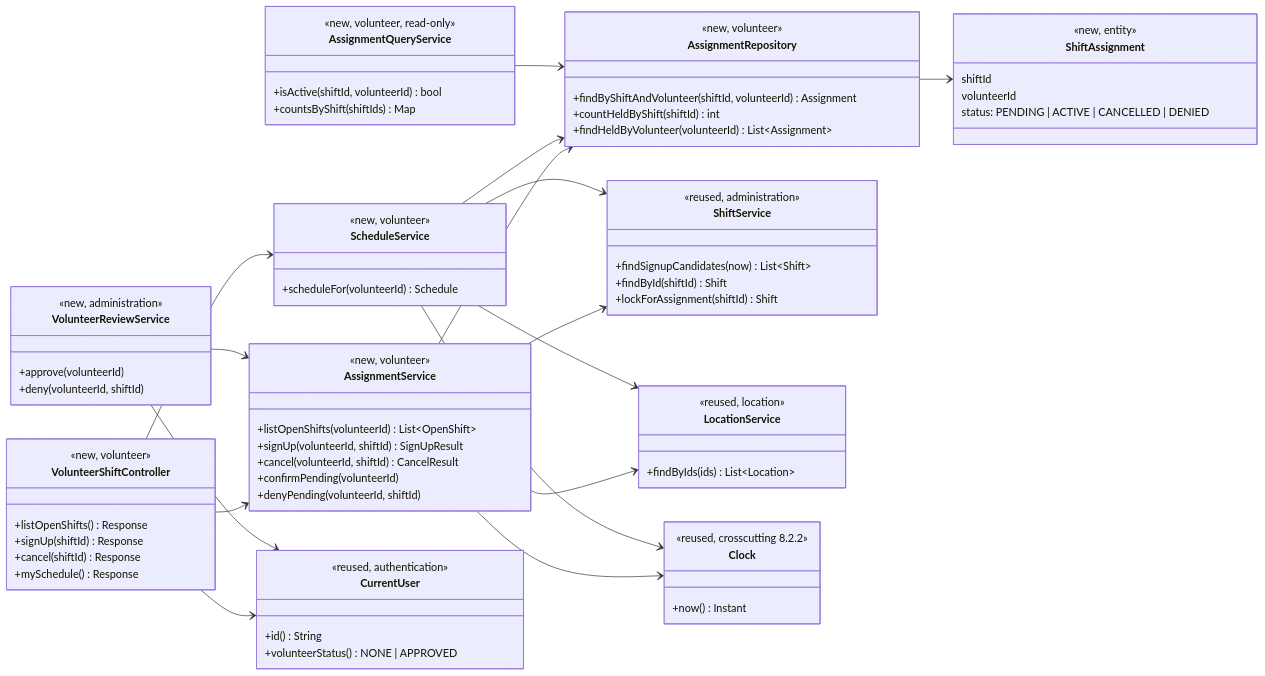
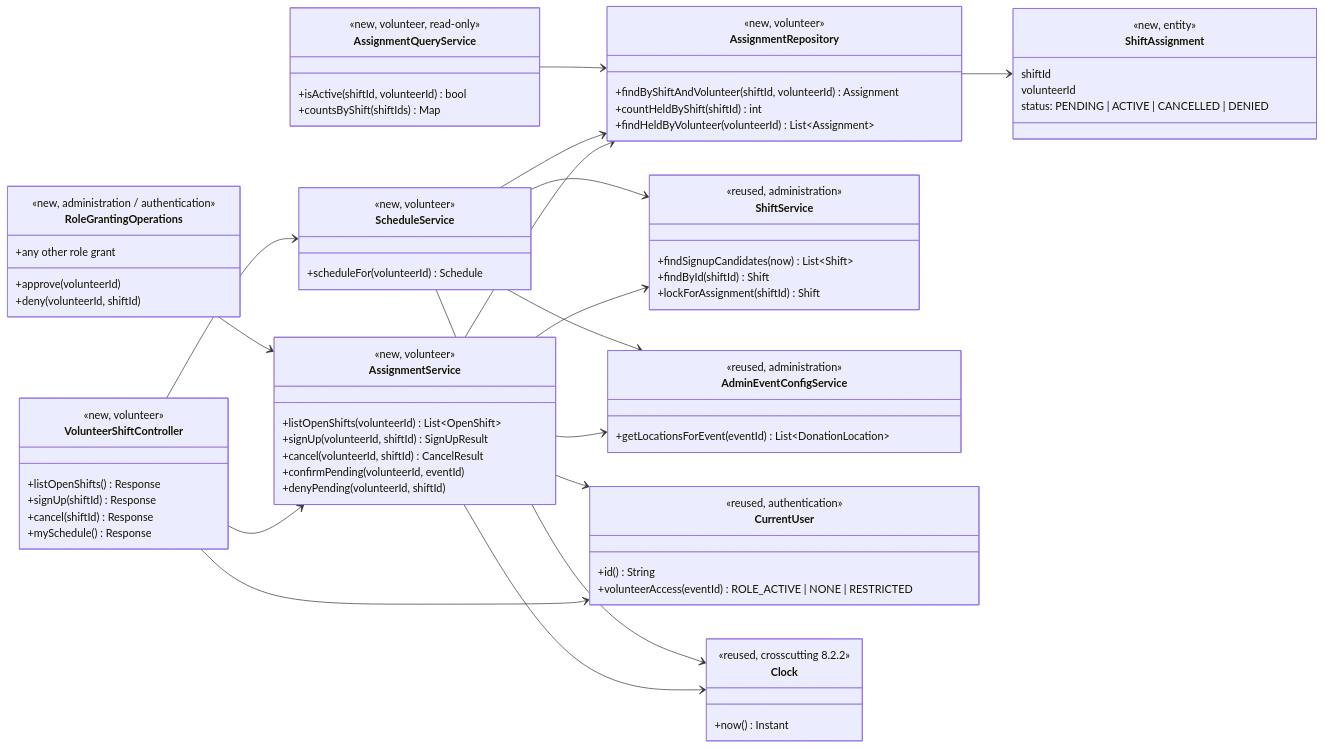
Before and after one commit to evelyntrann/cosc-40943-team-3-refrog: the first of 6 diagrams in docs/design/vol.md, drawn with Mermaid. The commit also changed other lines of this file and 5 other files, not shown here.

````diff
--- a/docs/design/vol.md
+++ b/docs/design/vol.md
@@ -55,79 +55,80 @@
 ```mermaid
 classDiagram
     direction LR
     class VolunteerShiftController {
         <<new, volunteer>>
         +listOpenShifts() Response
         +signUp(shiftId) Response
         +cancel(shiftId) Response
         +mySchedule() Response
     }
     class AssignmentService {
         <<new, volunteer>>
         +listOpenShifts(volunteerId) List~OpenShift~
         +signUp(volunteerId, shiftId) SignUpResult
         +cancel(volunteerId, shiftId) CancelResult
-        +confirmPending(volunteerId)
+        +confirmPending(volunteerId, eventId)
         +denyPending(volunteerId, shiftId)
     }
-    class VolunteerReviewService {
-        <<new, administration>>
+    class RoleGrantingOperations {
+        <<new, administration / authentication>>
         +approve(volunteerId)
         +deny(volunteerId, shiftId)
+        +any other role grant
     }
     class ScheduleService {
         <<new, volunteer>>
         +scheduleFor(volunteerId) Schedule
     }
     class AssignmentRepository {
         <<new, volunteer>>
         +findByShiftAndVolunteer(shiftId, volunteerId) Assignment
         +countHeldByShift(shiftId) int
         +findHeldByVolunteer(volunteerId) List~Assignment~
     }
     class AssignmentQueryService {
         <<new, volunteer, read-only>>
         +isActive(shiftId, volunteerId) bool
         +countsByShift(shiftIds) Map
     }
     class ShiftAssignment {
         <<new, entity>>
         shiftId
         volunteerId
         status: PENDING | ACTIVE | CANCELLED | DENIED
     }
     class ShiftService {
         <<reused, administration>>
         +findSignupCandidates(now) List~Shift~
         +findById(shiftId) Shift
         +lockForAssignment(shiftId) Shift
     }
-    class LocationService {
-        <<reused, location>>
-        +findByIds(ids) List~Location~
+    class AdminEventConfigService {
+        <<reused, administration>>
+        +getLocationsForEvent(eventId) List~DonationLocation~
     }
     class CurrentUser {
         <<reused, authentication>>
         +id() String
-        +volunteerStatus() NONE | APPROVED
+        +volunteerAccess(eventId) ROLE_ACTIVE | NONE | RESTRICTED
     }
     class Clock {
         <<reused, crosscutting 8.2.2>>
         +now() Instant
     }
     VolunteerShiftController --> AssignmentService
     VolunteerShiftController --> ScheduleService
     VolunteerShiftController --> CurrentUser
     AssignmentService --> AssignmentRepository
     AssignmentService --> ShiftService
-    AssignmentService --> LocationService
+    AssignmentService --> AdminEventConfigService
+    AssignmentService --> CurrentUser
     AssignmentService --> Clock
     ScheduleService --> AssignmentRepository
     ScheduleService --> ShiftService
-    ScheduleService --> LocationService
+    ScheduleService --> AdminEventConfigService
     ScheduleService --> Clock
     AssignmentQueryService --> AssignmentRepository
     AssignmentRepository --> ShiftAssignment
-    VolunteerReviewService --> AssignmentService
-    VolunteerReviewService --> CurrentUser
+    RoleGrantingOperations --> AssignmentService
 ```
````
